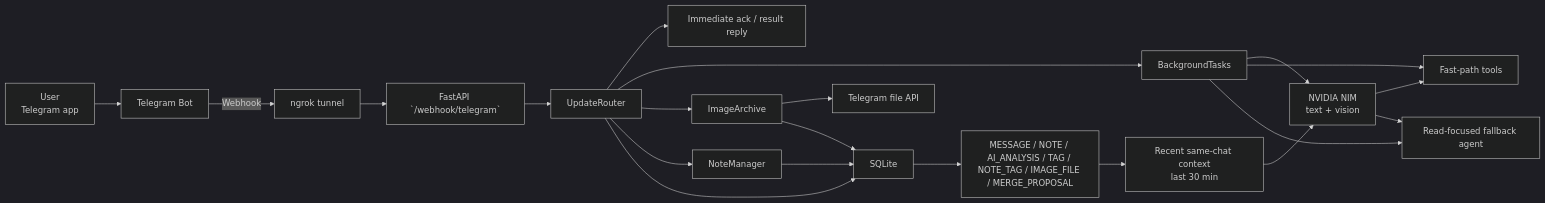
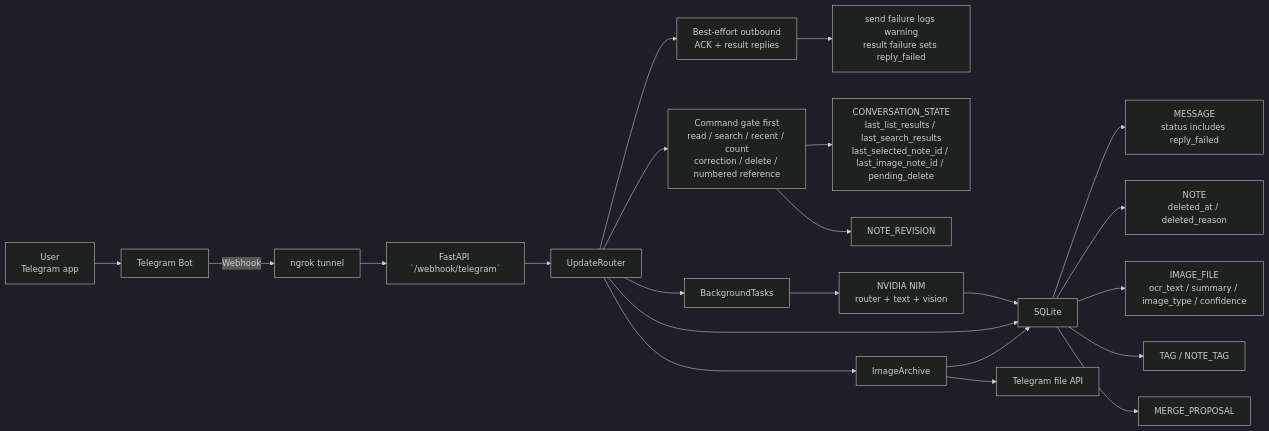
Before and after one commit to Transient-Onlooker/tg-note-agent: the first of 4 diagrams in docs/ARCHITECTURE.md, drawn with Mermaid (dark theme). The commit also changed other lines of this file and 18 other files, not shown here.

Commit message:
Stabilize command routing and webhook replies

````diff
--- a/docs/ARCHITECTURE.md
+++ b/docs/ARCHITECTURE.md
@@ -9,27 +17,27 @@
 ```mermaid
 flowchart LR
     User["User<br/>Telegram app"] --> Bot["Telegram Bot"]
     Bot -->|Webhook| Tunnel["ngrok tunnel"]
     Tunnel --> API["FastAPI `/webhook/telegram`"]
 
     API --> Router["UpdateRouter"]
-    Router --> Ack["Immediate ack / result reply"]
+    Router --> Outbound["Best-effort outbound<br/>ACK + result replies"]
+    Outbound --> ReplyFailed["send failure logs warning<br/>result failure sets reply_failed"]
+    Router --> Gate["Command gate first<br/>read / search / recent / count<br/>correction / delete / numbered reference"]
     Router --> BG["BackgroundTasks"]
+    Router --> DB["SQLite"]
     Router --> Archive["ImageArchive"]
-    Router --> Manager["NoteManager"]
-    Router --> DB["SQLite"]
+    BG --> NIM["NVIDIA NIM<br/>router + text + vision"]
 
-    BG --> NIM["NVIDIA NIM<br/>text + vision"]
-    BG --> FastTools["Fast-path tools"]
-    BG --> AgentFallback["Read-focused fallback agent"]
+    Gate --> State["CONVERSATION_STATE<br/>last_list_results / last_search_results<br/>last_selected_note_id / last_image_note_id / pending_delete"]
+    Gate --> Revision["NOTE_REVISION"]
+    Archive --> DB
+    Archive --> TGFile["Telegram file API"]
+    NIM --> DB
 
-    Manager --> DB
-    Archive --> TGFile["Telegram file API"]
-    Archive --> DB
-    NIM --> FastTools
-    NIM --> AgentFallback
-
-    DB --> Tables["MESSAGE / NOTE / AI_ANALYSIS / TAG / NOTE_TAG / IMAGE_FILE / MERGE_PROPOSAL"]
-    Tables --> Context["Recent same-chat context<br/>last 30 min"]
-    Context --> NIM
+    DB --> Msg["MESSAGE<br/>status includes reply_failed"]
+    DB --> Note["NOTE<br/>deleted_at / deleted_reason"]
+    DB --> Image["IMAGE_FILE<br/>ocr_text / summary / image_type / confidence"]
+    DB --> Tags["TAG / NOTE_TAG"]
+    DB --> Merge["MERGE_PROPOSAL"]
 ```
````
